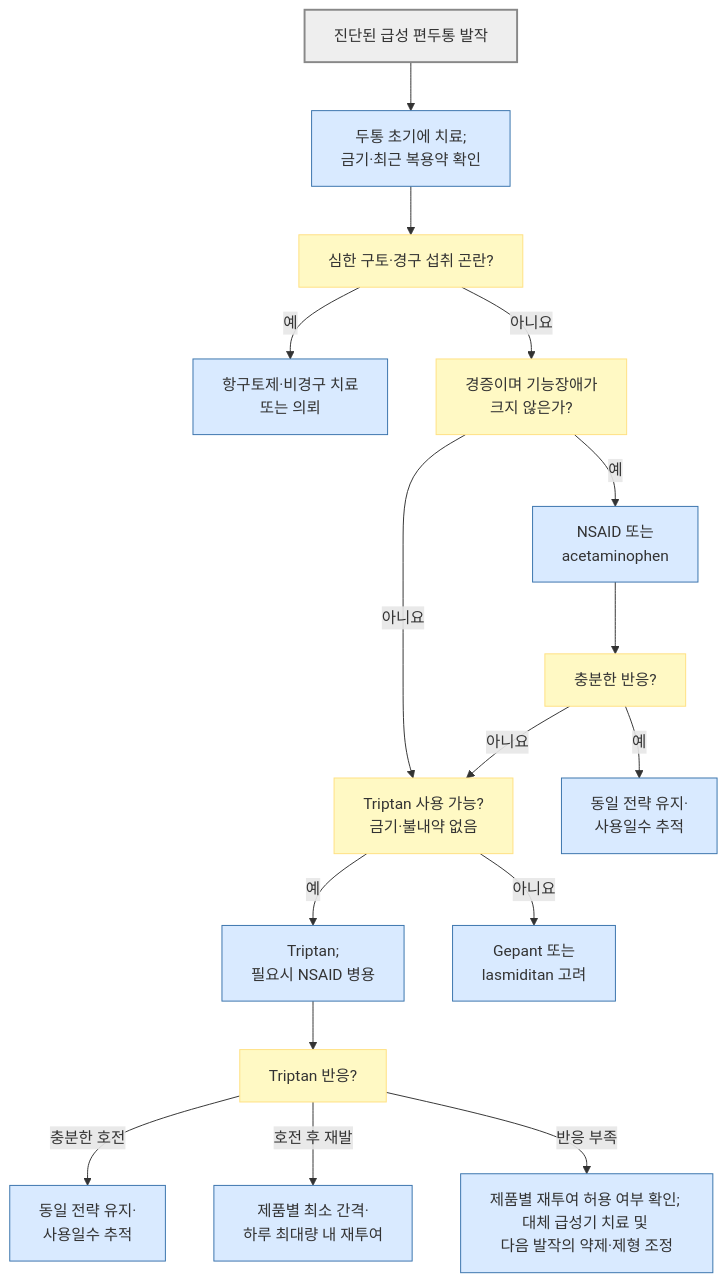
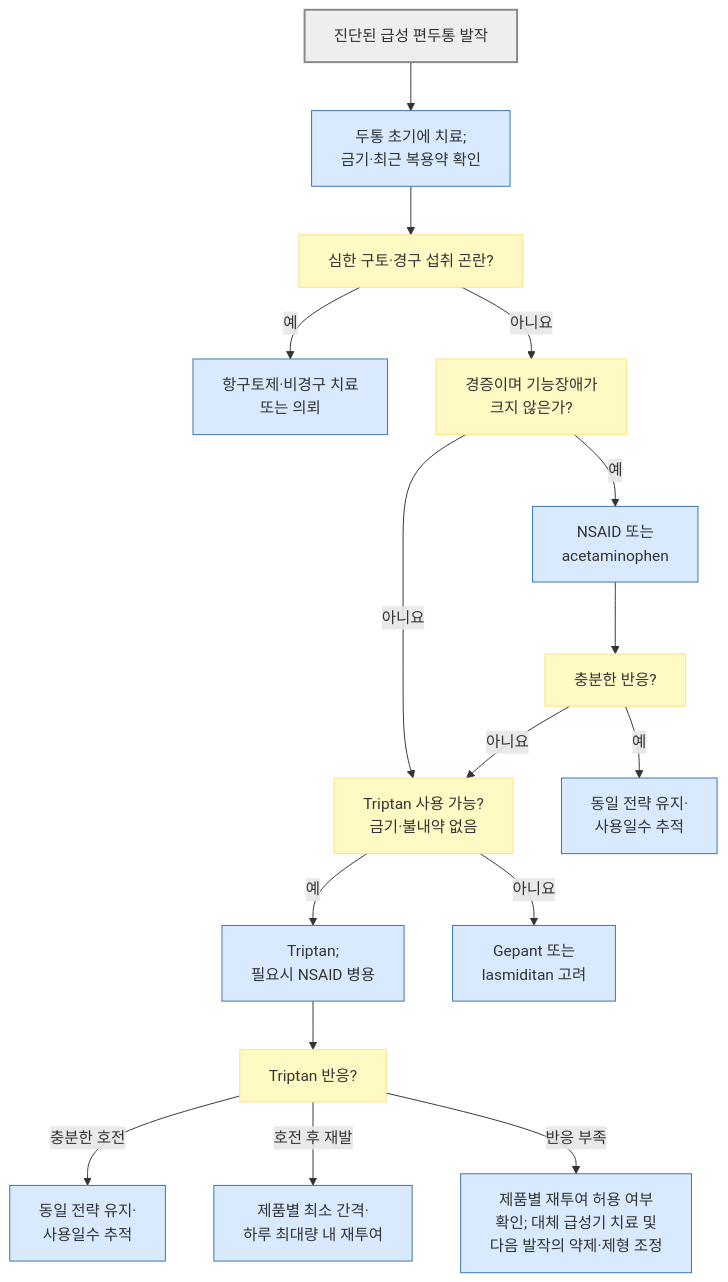
Before and after one commit to familyoh77/familyoh77: the second of 2 diagrams in 221_/016_-migraine.md, drawn with Mermaid. The commit also changed other lines of this file and 1 other file, not shown here.

Commit message:
GITBOOK-2108: No subject

````diff
--- a/221_/016_-migraine.md
+++ b/221_/016_-migraine.md
@@ -337,23 +337,23 @@
 ```mermaid
 flowchart TD
     A["진단된 급성 편두통 발작"] --> B["두통 초기에 치료; <br/>금기·최근 복용약 확인"]
     B --> C["심한 구토·경구 섭취 곤란?"]
     C -- "예" --> D["항구토제·비경구 치료 <br/>또는 의뢰"]
     C -- "아니요" --> E["경증이며 기능장애가 <br/>크지 않은가?"]
     E -- "예" --> F["NSAID 또는 <br/>acetaminophen"]
     E -- "아니요" --> G["Triptan 사용 가능? <br/>금기·불내약 없음"]
     F --> H["충분한 반응?"]
     H -- "예" --> I["동일 전략 유지·<br/>사용일수 추적"]
     H -- "아니요" --> G
     G -- "예" --> K["Triptan; <br/>필요시 NSAID 병용"]
     G -- "아니요" --> J["Gepant 또는 <br/>lasmiditan 고려"]
     K --> L["Triptan 반응?"]
     L -- "충분한 호전" --> M["동일 전략 유지·<br/>사용일수 추적"]
     L -- "호전 후 재발" --> N["제품별 최소 간격·<br/>하루 최대량 내 재투여"]
-    L -- "반응 부족" --> O["제품별 재투여 허용 여부 확인; 대체 급성기 치료 및 <br/>다음 발작의 약제·제형 조정"]
+    L -- "반응 부족" --> O["제품별 재투여 허용 여부 <br/>확인; 대체 급성기 치료 및 <br/>다음 발작의 약제·제형 조정"]
     classDef question fill:#fff9c4,stroke:#ffe082
     classDef care fill:#d9eaff,stroke:#3973ac
     class C,E,G,H,L question
     class B,D,F,I,J,K,M,N,O care
     style A fill:#eeeeee,stroke:#888888,stroke-width:2px
 ```
````
